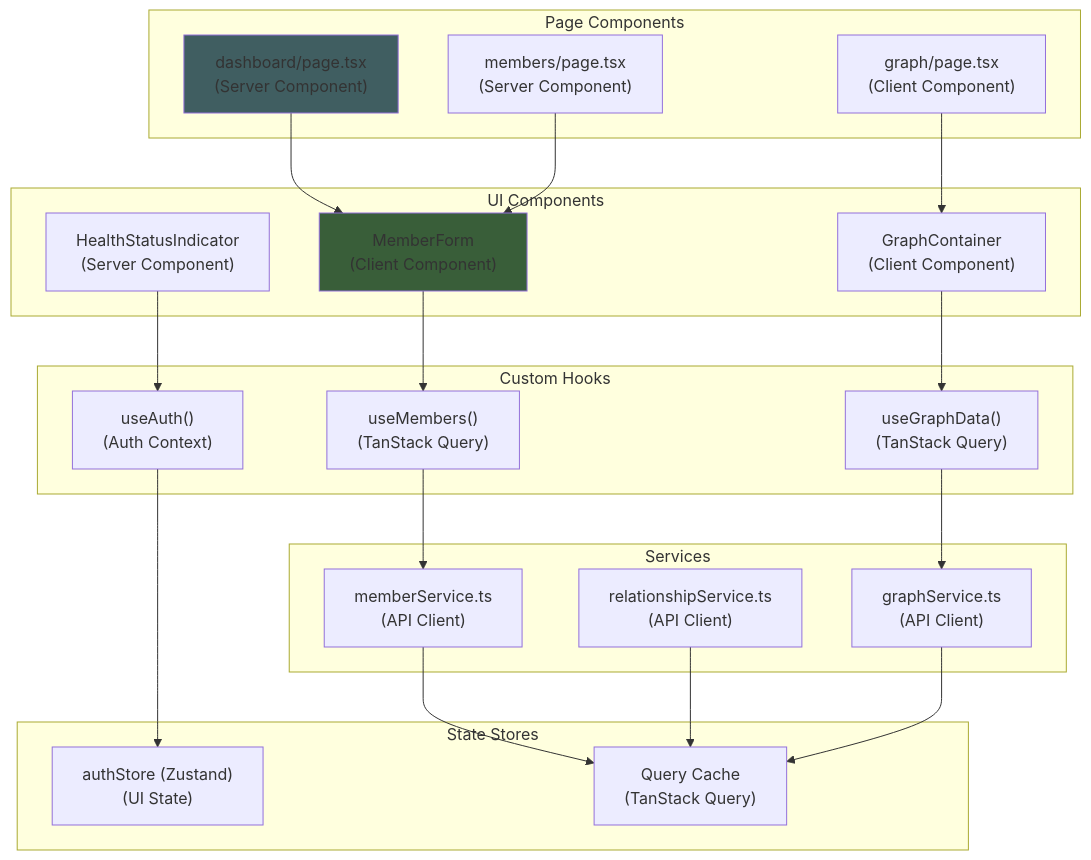
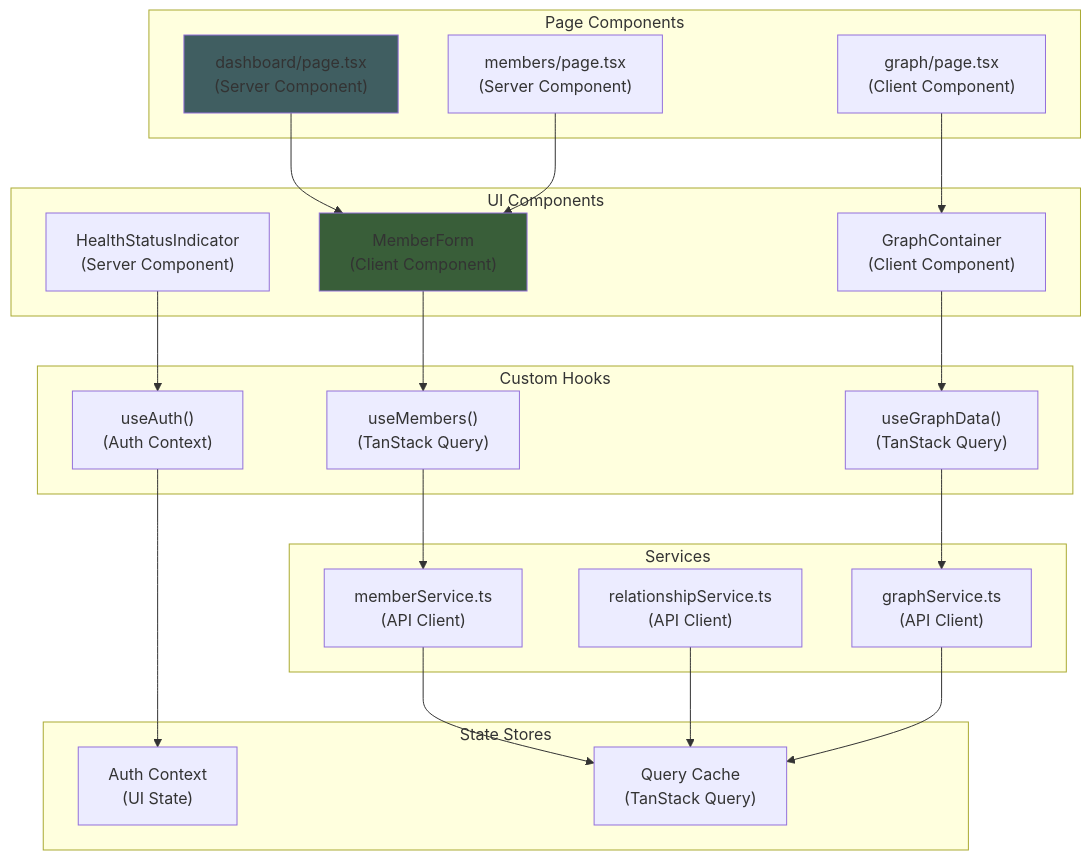
One commit to greg-latuszek/emma-companionship changed the third of 16 diagrams in docs/architecture.md. Above: the diagram before and after it, drawn with Mermaid. The commit also changed other lines of this file, not shown here.

Commit message:
architecture.md reworked after changes_to_make.md

````diff
--- a/docs/architecture.md
+++ b/docs/architecture.md
@@ -1691,49 +1691,49 @@
 ```mermaid
 graph TD
     subgraph "Page Components"
         A1["dashboard/page.tsx<br/>(Server Component)"]
         A2["members/page.tsx<br/>(Server Component)"]
         A3["graph/page.tsx<br/>(Client Component)"]
     end
     
     subgraph "UI Components"
         B1["MemberForm<br/>(Client Component)"]
         B2["GraphContainer<br/>(Client Component)"]
         B3["HealthStatusIndicator<br/>(Server Component)"]
     end
     
     subgraph "Custom Hooks"
         C1["useMembers()<br/>(TanStack Query)"]
         C2["useAuth()<br/>(Auth Context)"]
         C3["useGraphData()<br/>(TanStack Query)"]
     end
     
     subgraph "Services"
         D1["memberService.ts<br/>(API Client)"]
         D2["relationshipService.ts<br/>(API Client)"]
         D3["graphService.ts<br/>(API Client)"]
     end
     
     subgraph "State Stores"
-        E1["authStore (Zustand)<br/>(UI State)"]
+        E1["Auth Context<br/>(UI State)"]
         E2["Query Cache<br/>(TanStack Query)"]
     end
     
     A1 --> B1
     A2 --> B1
     A3 --> B2
     B1 --> C1
     B2 --> C3
     B3 --> C2
     
     C1 --> D1
     C2 --> E1
     C3 --> D3
     
     D1 --> E2
     D2 --> E2
     D3 --> E2
     
     style A1 fill:#405E61
     style B1 fill:#395E39
 ```
````
